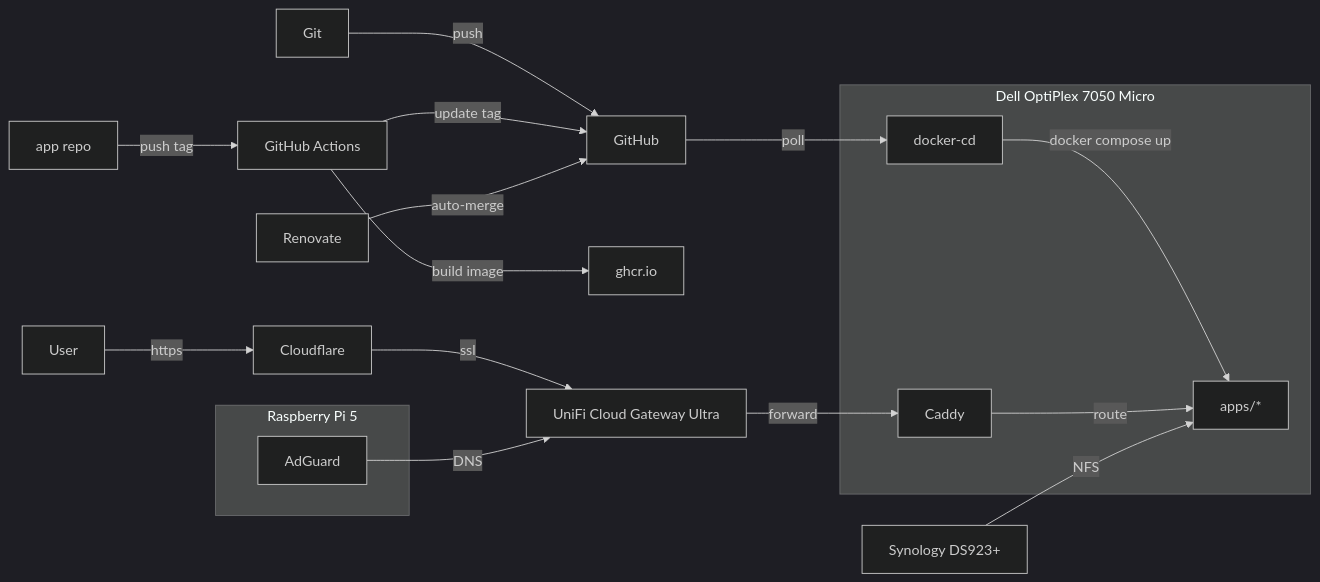
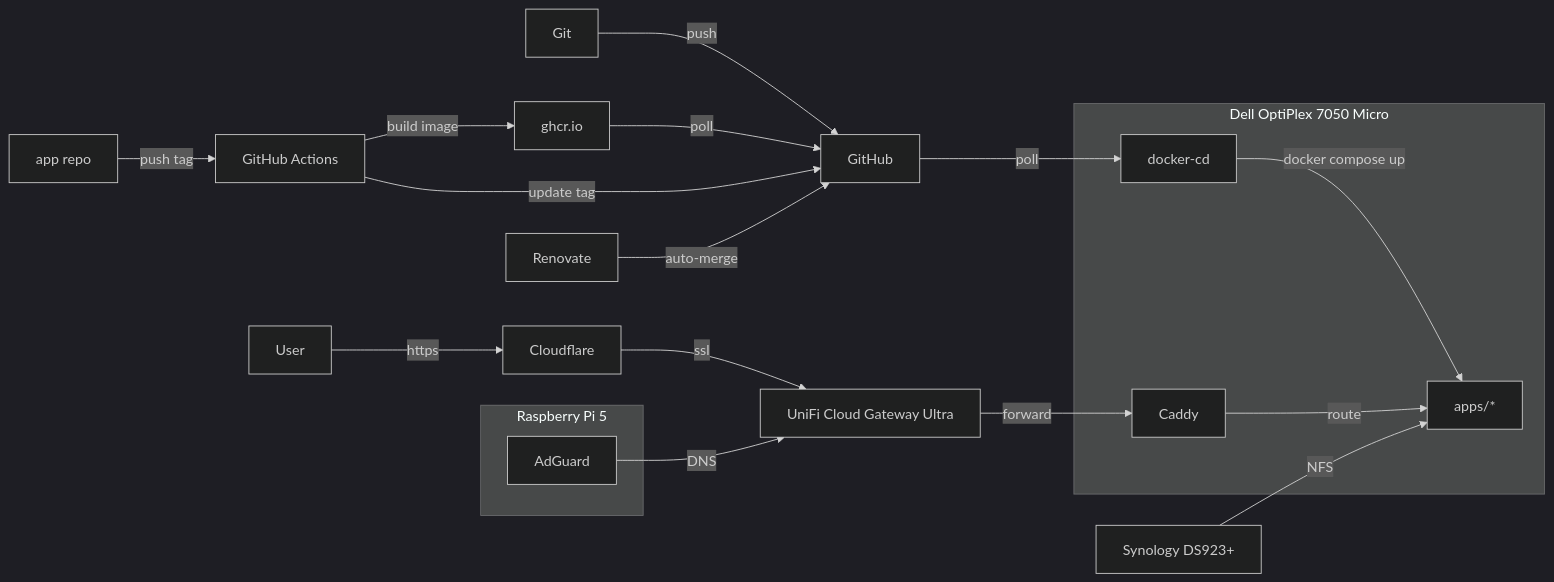
One commit to wajeht/home-ops changed the diagram in README.md. Above: the diagram before and after it, drawn with Mermaid (dark theme).

Commit message:
docs: update architecture diagram to show ghcr polling github

````diff
--- a/README.md
+++ b/README.md
@@ -16,19 +16,19 @@
 ```mermaid
 flowchart LR
     subgraph Dell[Dell OptiPlex 7050 Micro]
         docker-cd -->|docker compose up| Apps[apps/*]
         Caddy -->|route| Apps
     end
 
     Git -->|push| GitHub -->|poll| docker-cd
     AppRepo[app repo] -->|push tag| Actions[GitHub Actions]
-    Actions -->|build image| GHCR[ghcr.io]
+    Actions -->|build image| GHCR[ghcr.io] -->|poll|GitHub
     Actions -->|update tag| GitHub
     Renovate -->|auto-merge| GitHub
     User -->|https| Cloudflare -->|ssl| UniFi[UniFi Cloud Gateway Ultra] -->|forward| Caddy
     NAS[Synology DS923+] -->|NFS| Apps
     subgraph Pi[Raspberry Pi 5]
         AdGuard
     end
     AdGuard -->|DNS| UniFi
 ```
````
